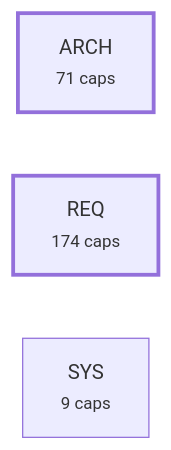
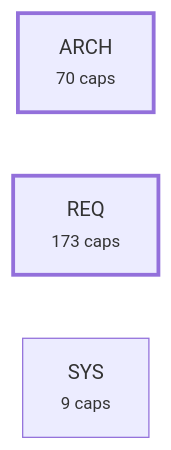
Before and after one commit to alxmax/Requirement-manager: the fourth of 5 diagrams in plugin/requirements/_map.md, drawn with Mermaid. The commit also changed other lines of this file and 23 other files, not shown here.

````diff
--- a/plugin/requirements/_map.md
+++ b/plugin/requirements/_map.md
@@ -1038,8 +1035,8 @@
 ```mermaid
 graph LR
-  a_ARCH["ARCH<br><small>71 caps</small>"]
-  a_REQ["REQ<br><small>174 caps</small>"]
+  a_ARCH["ARCH<br><small>70 caps</small>"]
+  a_REQ["REQ<br><small>173 caps</small>"]
   a_SYS["SYS<br><small>9 caps</small>"]
   style a_ARCH stroke-width:3px
   style a_REQ stroke-width:3px
 ```
````
